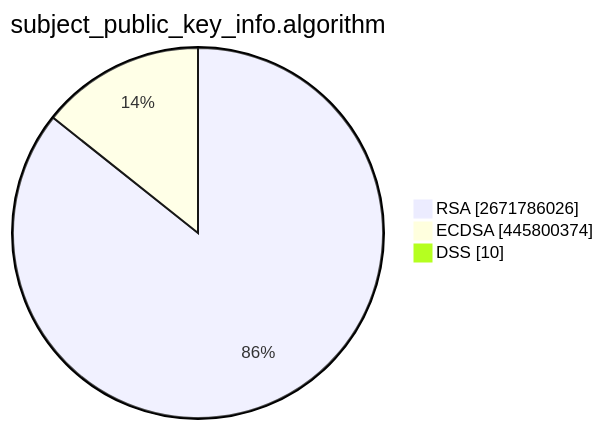
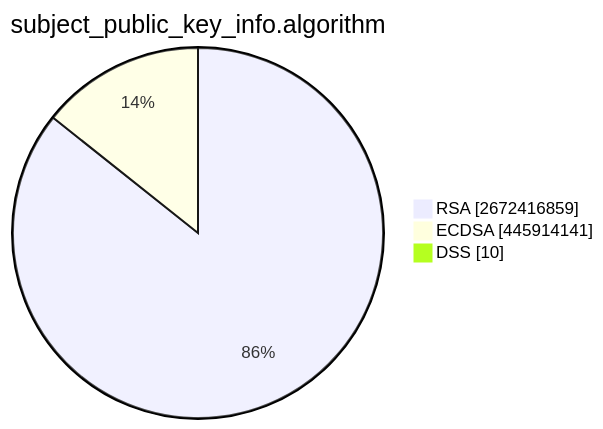
One commit to christiankrug/ctmonitor_visualization changed the second of 15 diagrams in TOTAL/README.md. Above: the diagram before and after it, drawn with Mermaid. The commit also changed other lines of this file, not shown here.

````diff
--- a/TOTAL/README.md
+++ b/TOTAL/README.md
@@ -6,7 +6,7 @@
 ```mermaid
 pie showData
 title subject_public_key_info.algorithm
-"RSA" :2671786026
-"ECDSA" :445800374
+"RSA" :2672416859
+"ECDSA" :445914141
 "DSS" :10
 ```
````
